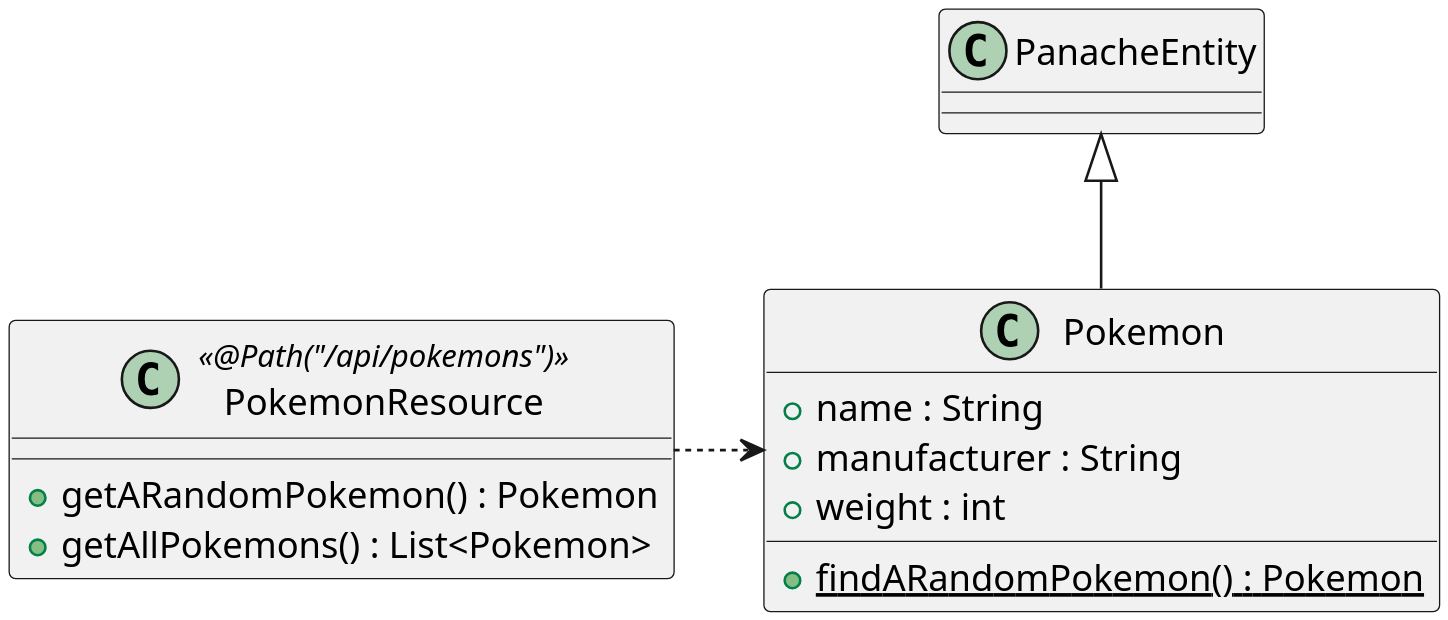
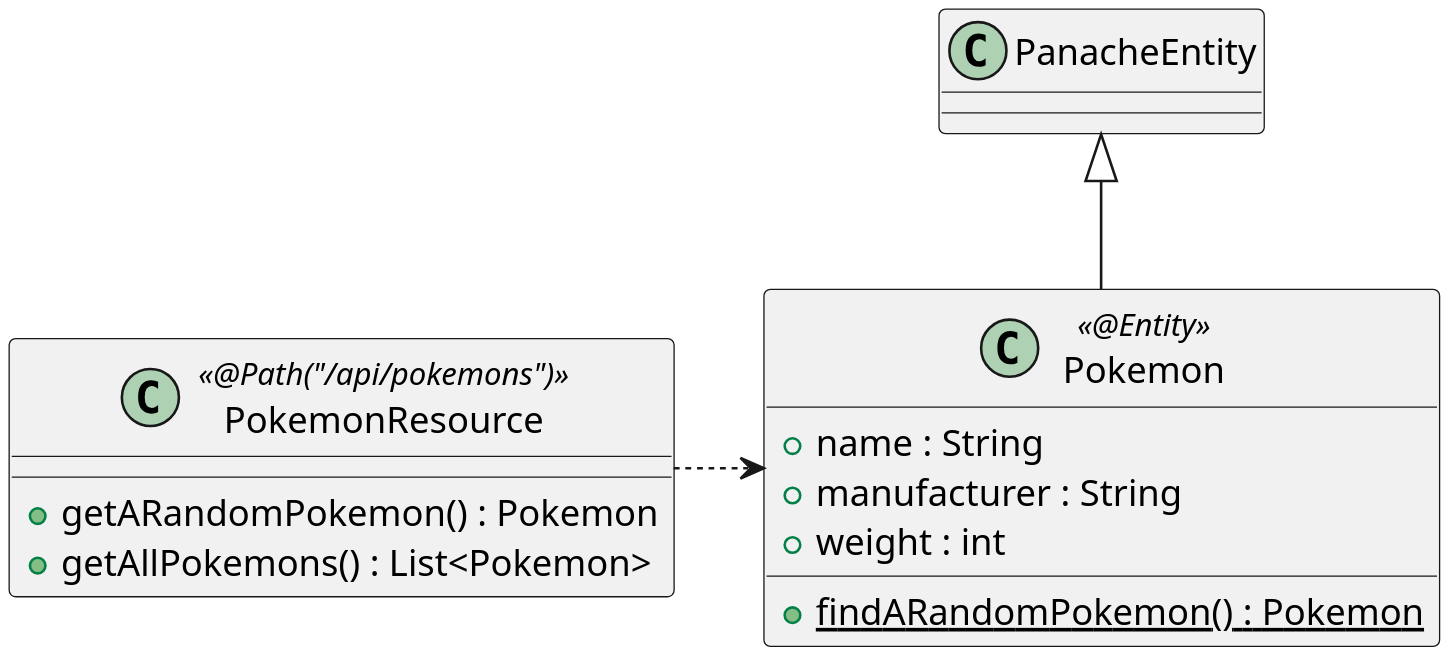
The diagram in 2020-12-JavaAdvent/docs/src/docs/plantuml/javaadvent-figure-pokemons.puml (agoncal/agoncal-articles), drawn with PlantUML before and after one commit. The commit also changed 2 other files, not shown here.

Commit message:
PlantUML

```diff
--- a/2020-12-JavaAdvent/docs/src/docs/plantuml/javaadvent-figure-pokemons.puml
+++ b/2020-12-JavaAdvent/docs/src/docs/plantuml/javaadvent-figure-pokemons.puml
@@ -1,19 +1,19 @@
 @startuml
 skinparam dpi 300
 
-class Pokemon {
+class Pokemon <<@Entity>> {
     + name : String
     + manufacturer : String
     + weight : int
     {static} + findARandomPokemon() : Pokemon
 }
 
 class PokemonResource <<@Path("/api/pokemons")>> {
     + getARandomPokemon() : Pokemon
     + getAllPokemons() : List<Pokemon>
 }
 
 PokemonResource .> Pokemon
 PanacheEntity <|-- Pokemon
 
 @enduml
```
